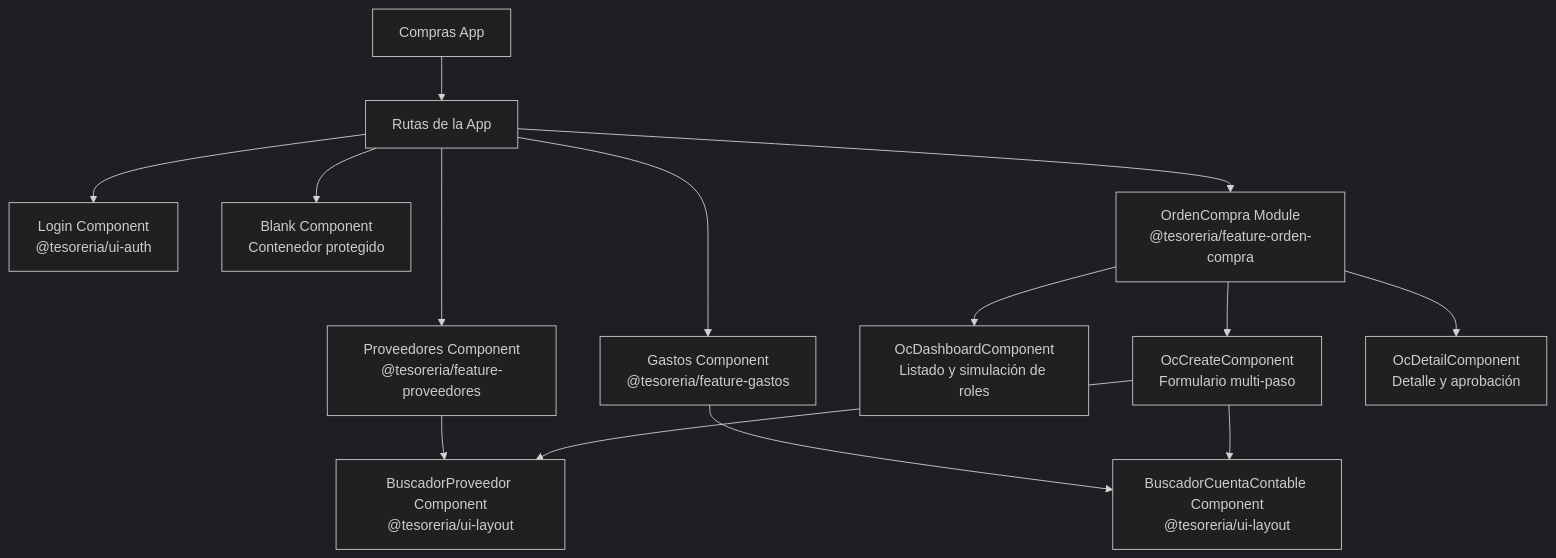
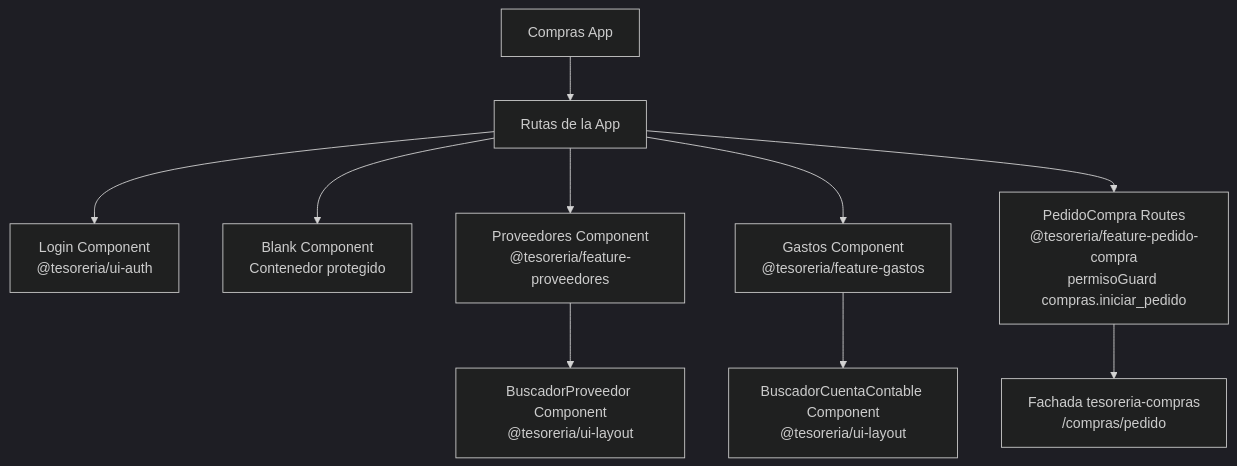
Before and after one commit to UM-services/UM.tesoreria.frontend-client: the third of 7 diagrams in docs/architecture.md, drawn with Mermaid (dark theme). The commit also changed other lines of this file and 2 other files, not shown here.

````diff
--- a/docs/architecture.md
+++ b/docs/architecture.md
@@ -140,18 +161,13 @@
 ```mermaid
     flowchart TD
     ComprasApp["Compras App"] --> AppRoutes["Rutas de la App"]
     AppRoutes --> Login["Login Component<br/>@tesoreria/ui-auth"]
     AppRoutes --> Blank["Blank Component<br/>Contenedor protegido"]
     AppRoutes --> Proveedores["Proveedores Component<br/>@tesoreria/feature-proveedores"]
     AppRoutes --> Gastos["Gastos Component<br/>@tesoreria/feature-gastos"]
-    AppRoutes --> OrdenCompra["OrdenCompra Module<br/>@tesoreria/feature-orden-compra"]
-
-    OrdenCompra --> OCDashboard["OcDashboardComponent<br/>Listado y simulación de roles"]
-    OrdenCompra --> OCCreate["OcCreateComponent<br/>Formulario multi-paso"]
-    OrdenCompra --> OCDetail["OcDetailComponent<br/>Detalle y aprobación"]
+    AppRoutes --> Pedidos["PedidoCompra Routes<br/>@tesoreria/feature-pedido-compra<br/>permisoGuard compras.iniciar_pedido"]
 
     Proveedores --> BuscadorProveedor["BuscadorProveedor Component<br/>@tesoreria/ui-layout"]
     Gastos --> BuscadorCuentaContable["BuscadorCuentaContable Component<br/>@tesoreria/ui-layout"]
-    OCCreate --> BuscadorProveedor
-    OCCreate --> BuscadorCuentaContable
+    Pedidos --> PedidoAPI["Fachada tesoreria-compras<br/>/compras/pedido"]
 ```
````
